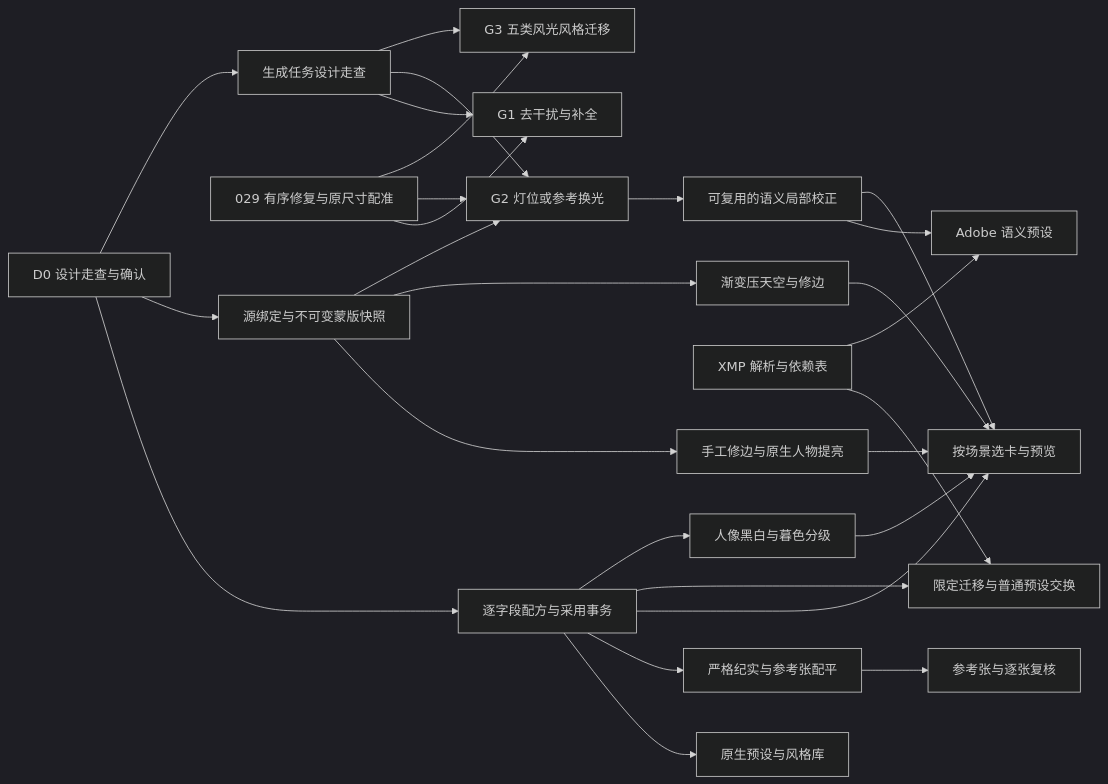
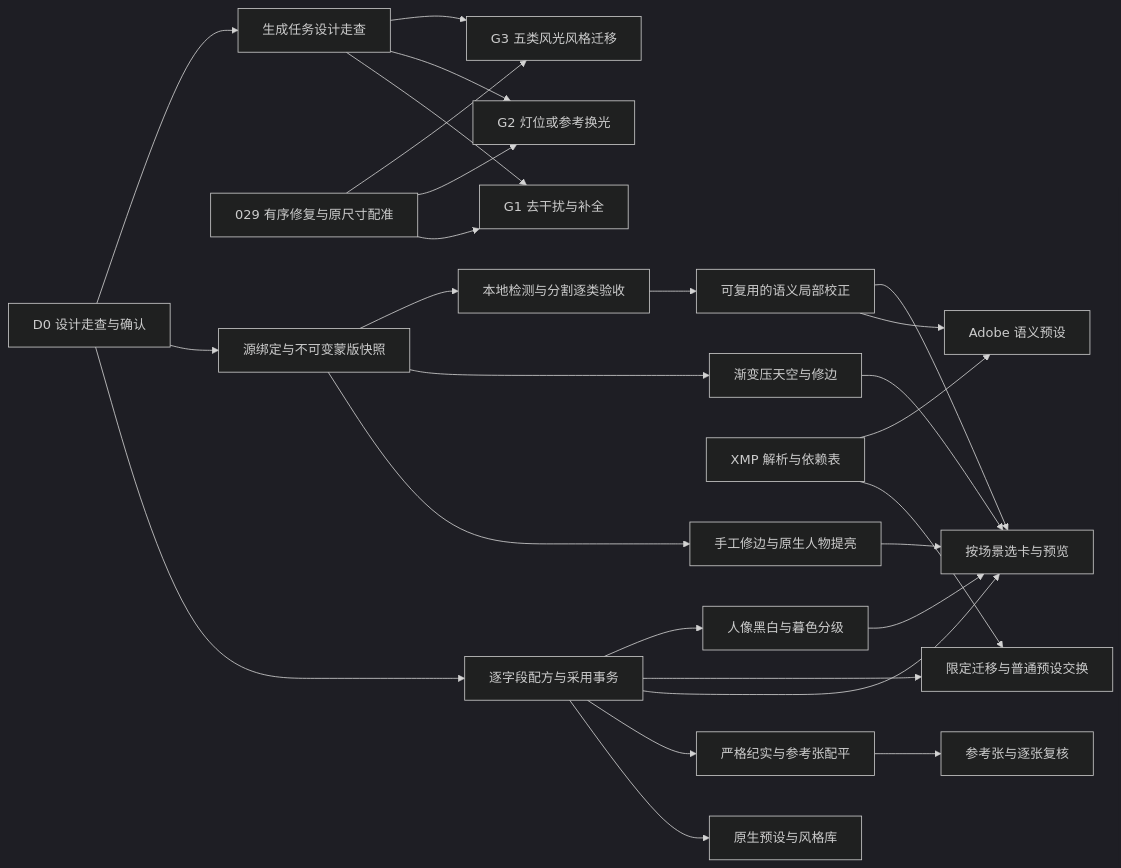
Before and after one commit to RobinQu/RAWMaster: the diagram in docs/planning/24-mask-preset-retouch-roadmap.md, drawn with Mermaid (dark theme). The commit also changed other lines of this file and 15 other files, not shown here.

````diff
--- a/docs/planning/24-mask-preset-retouch-roadmap.md
+++ b/docs/planning/24-mask-preset-retouch-roadmap.md
@@ -32,29 +34,29 @@
 ```mermaid
 flowchart LR
     G["D0 设计走查与确认"] --> E["逐字段配方与采用事务"]
     G --> S["源绑定与不可变蒙版快照"]
     E --> P["原生预设与风格库"]
     E --> D["严格纪实与参考张配平"]
     D --> B["参考张与逐张复核"]
     E --> U["按场景选卡与预览"]
     X["XMP 解析与依赖表"] --> I["限定迁移与普通预设交换"]
     E --> I
     S --> M["手工修边与原生人物提亮"]
     S --> H["渐变压天空与修边"]
     E --> K["人像黑白与暮色分级"]
     H --> U
     K --> U
     M --> U
     S --> L["本地检测与分割逐类验收"]
     L --> A["可复用的语义局部校正"]
     X --> F["Adobe 语义预设"]
     A --> F
     A --> U
     R["029 有序修复与原尺寸配准"] --> C["G1 去干扰与补全"]
-    R --> L["G2 灯位或参考换光"]
+    R --> G2["G2 灯位或参考换光"]
     R --> V["G3 五类风光风格迁移"]
     G --> Q["生成任务设计走查"]
     Q --> C
-    Q --> L
+    Q --> G2
     Q --> V
 ```
````
